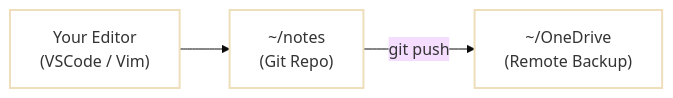
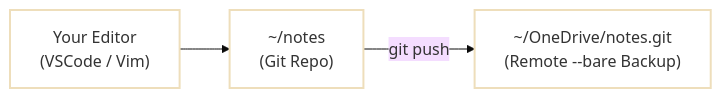
One commit to charnley/blog changed the first of 2 diagrams in _drafts/2025-12-04-note-taking-for-programmers-zk-vscode-vim.md. Above: the diagram before and after it, drawn with Mermaid (base theme). The commit also changed other lines of this file, not shown here.

````diff
--- a/_drafts/2025-12-04-note-taking-for-programmers-zk-vscode-vim.md
+++ b/_drafts/2025-12-04-note-taking-for-programmers-zk-vscode-vim.md
@@ -138,14 +140,14 @@
 ```mermaid
 
 flowchart LR
     Editor["Your Editor<br />(VSCode / Vim)"]
     Notes["~/notes<br />(Git Repo)"]
-    OneDrive["~/OneDrive<br/>(Remote Backup)"]
+    OneDrive["~/OneDrive/notes.git<br/>(Remote --bare Backup)"]
 
     Editor --> Notes
     Notes -->|git push| OneDrive
 
     classDef default stroke-width:2px;
     classDef default fill: transparent;
 
 ```
````
